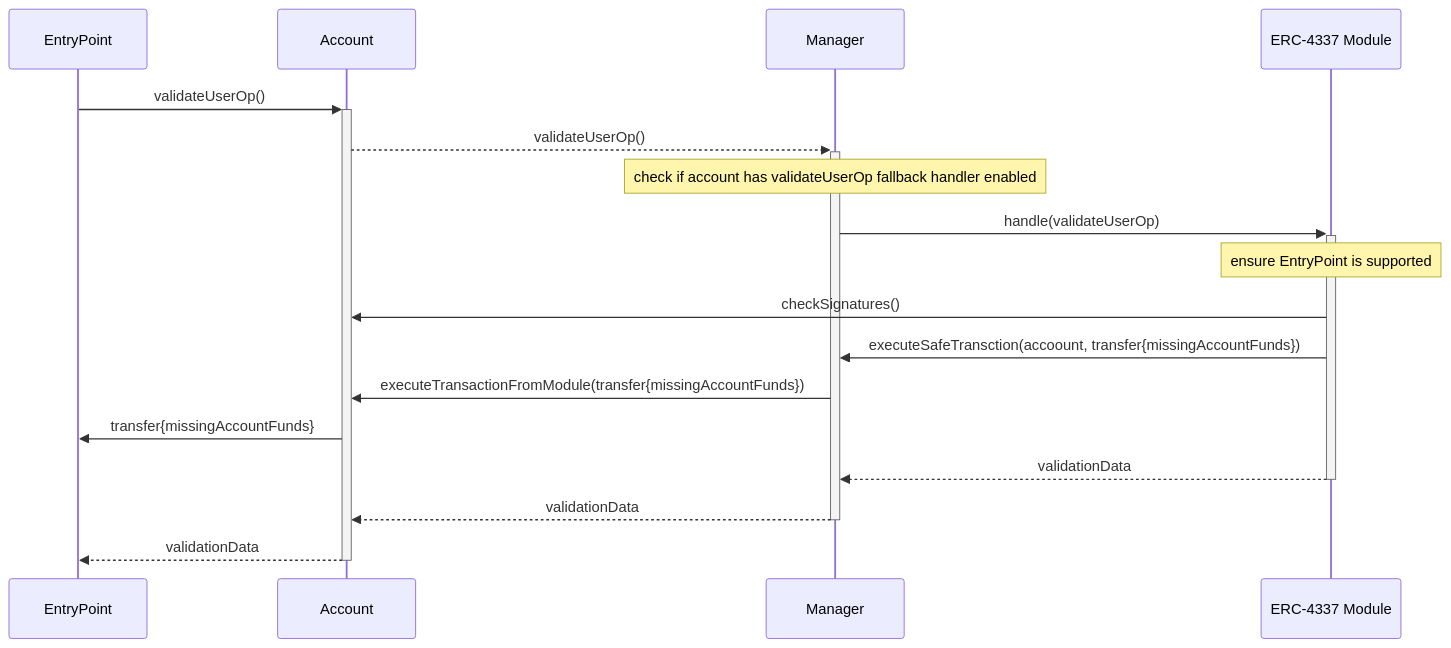
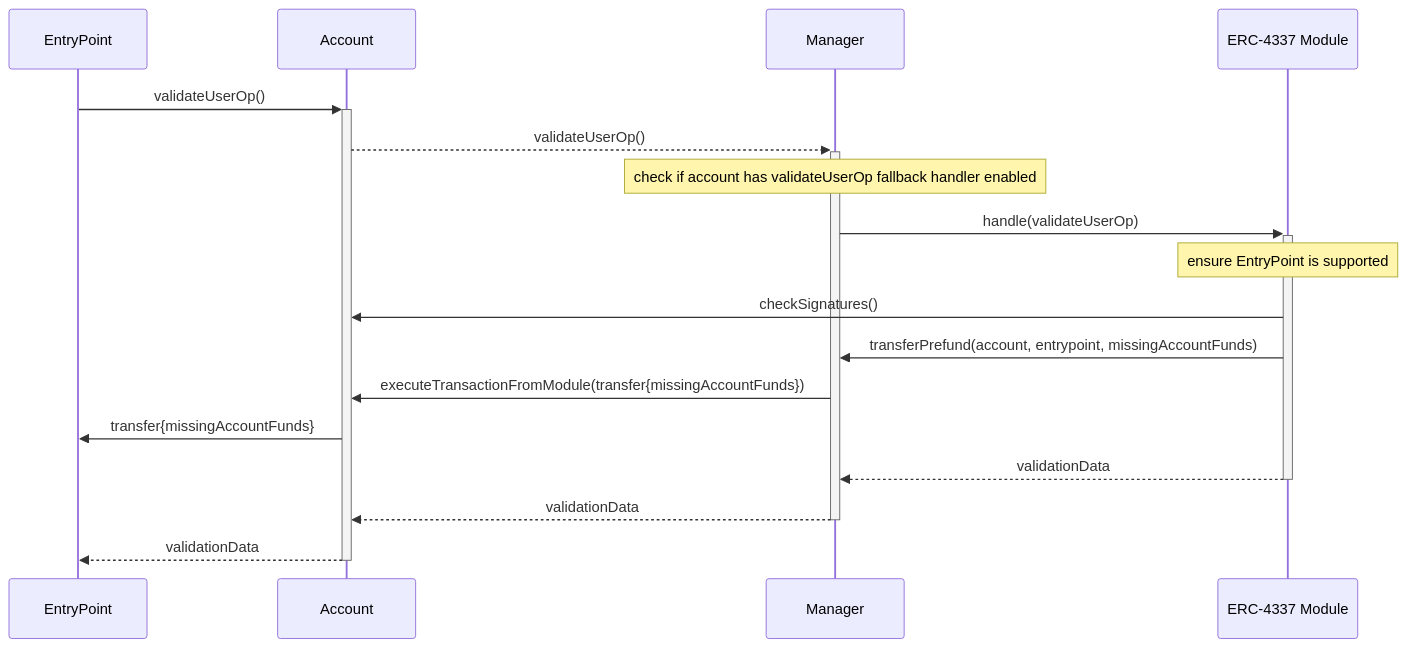
One commit to 5afe/safe-core-protocol-specs changed the first of 2 diagrams in manager/4337/README.md. Above: the diagram before and after it, drawn with Mermaid.

Commit message:
Fix seq. diagram to use special prefund flow

````diff
--- a/manager/4337/README.md
+++ b/manager/4337/README.md
@@ -65,20 +65,20 @@
 ```mermaid
 sequenceDiagram
     participant E as EntryPoint
     participant A as Account
     participant M as Manager
     participant Mod as ERC-4337 Module
 
     E->>+A: validateUserOp()
     A-->>+M: validateUserOp()
     Note over M: check if account has validateUserOp fallback handler enabled
     M->>+Mod: handle(validateUserOp)
     Note over Mod: ensure EntryPoint is supported
     Mod->>A: checkSignatures()
-    Mod->>M: executeSafeTransction(accoount, transfer{missingAccountFunds})
+    Mod->>M: transferPrefund(account, entrypoint, missingAccountFunds)
     M->>A: executeTransactionFromModule(transfer{missingAccountFunds})
     A->>E: transfer{missingAccountFunds}
     Mod-->>-M: validationData
     M-->>-A: validationData
     A-->>-E: validationData
 ```
````
